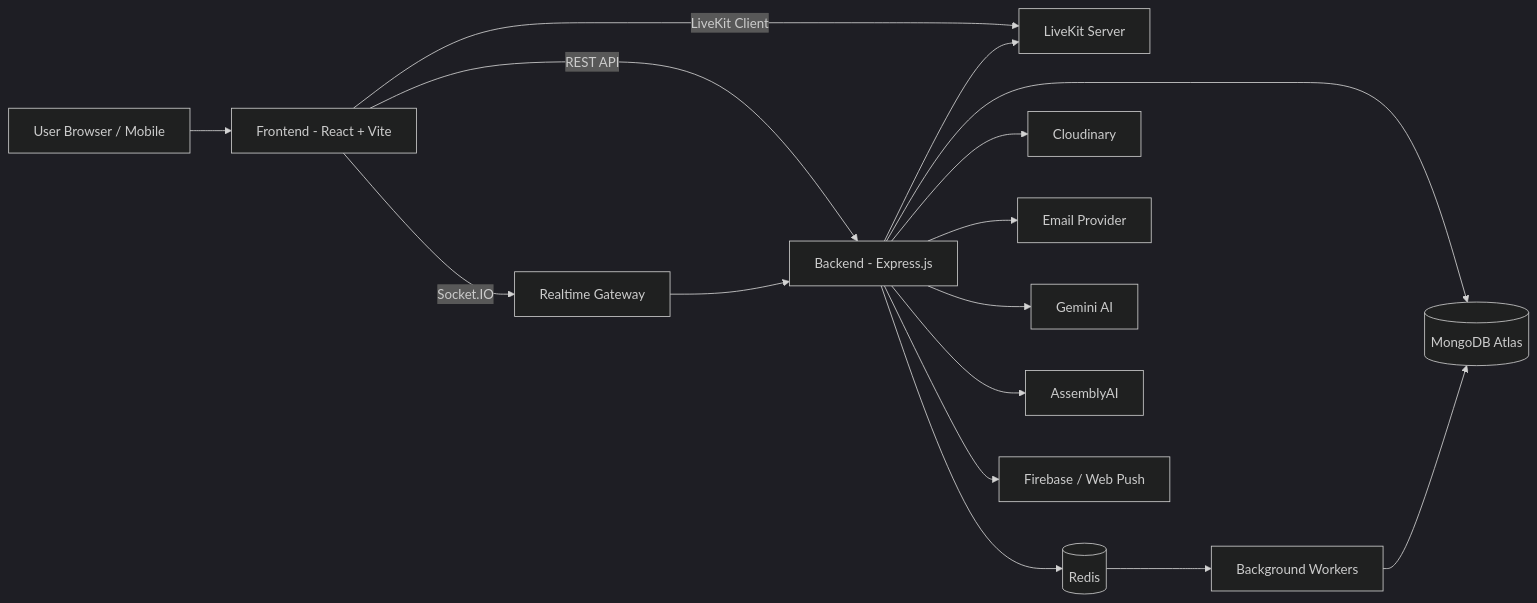
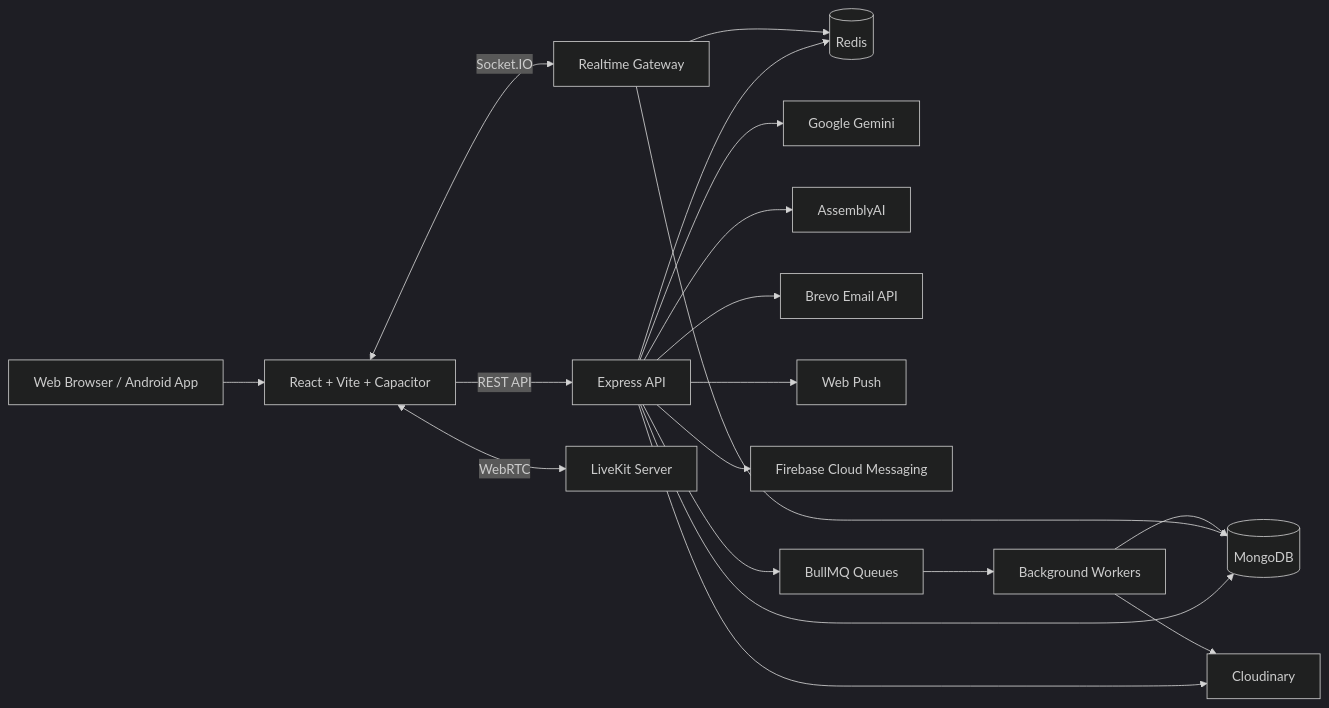
The first of 14 diagrams in README.md (ToiLaBao2004/NexCon), drawn with Mermaid (dark theme) before and after one commit. The commit also changed other lines of this file and 16 other files, not shown here.

````diff
--- a/README.md
+++ b/README.md
@@ -108,20 +182,23 @@
 ```mermaid
 flowchart LR
-    User[User Browser / Mobile] --> FE[Frontend - React + Vite]
-    FE -->|REST API| BE[Backend - Express.js]
-    FE -->|Socket.IO| Socket[Realtime Gateway]
-    FE -->|LiveKit Client| LK[LiveKit Server]
+    User["Web Browser / Android App"] --> FE["React + Vite + Capacitor"]
+    FE -->|REST API| API["Express API"]
+    FE <-->|Socket.IO| RT["Realtime Gateway"]
+    FE <-->|WebRTC| LK["LiveKit Server"]
 
-    BE --> DB[(MongoDB Atlas)]
-    BE --> Redis[(Redis)]
-    BE --> Cloudinary[Cloudinary]
-    BE --> Email[Email Provider]
-    BE --> Gemini[Gemini AI]
-    BE --> AssemblyAI[AssemblyAI]
-    BE --> FCM[Firebase / Web Push]
+    API --> Mongo[("MongoDB")]
+    API --> Redis[("Redis")]
+    API --> Cloudinary["Cloudinary"]
+    API --> Gemini["Google Gemini"]
+    API --> AssemblyAI["AssemblyAI"]
+    API --> Email["Brevo Email API"]
+    API --> WebPush["Web Push"]
+    API --> FCM["Firebase Cloud Messaging"]
 
-    Socket --> BE
-    BE --> LK
-    Redis --> Workers[Background Workers]
-    Workers --> DB
+    RT --> Mongo
+    RT --> Redis
+    API --> Queue["BullMQ Queues"]
+    Queue --> Workers["Background Workers"]
+    Workers --> Mongo
+    Workers --> Cloudinary
 ```
````
